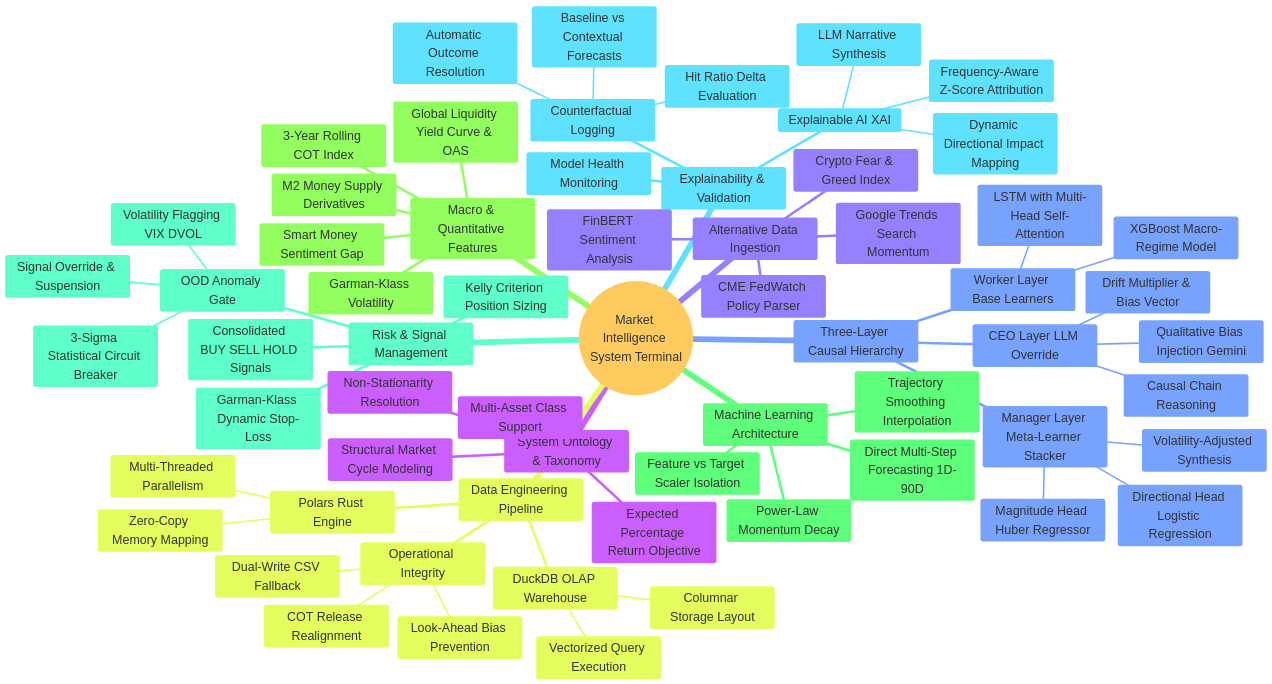
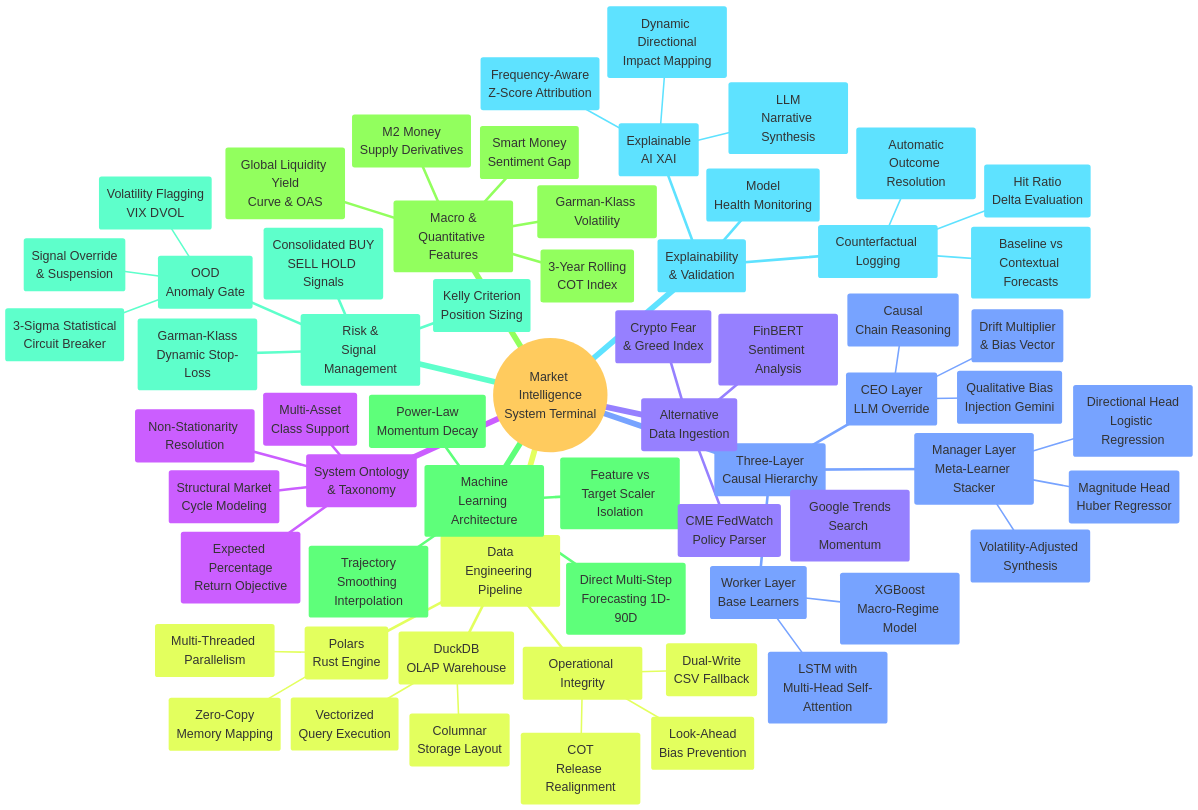
The diagram in README.md (ken968/Market-Intelligence), drawn with Mermaid before and after one commit.

Commit message:
Docs: Wrap Mind Map nodes with line breaks to expand vertical canvas height

````diff
--- a/README.md
+++ b/README.md
@@ -84,67 +84,67 @@
 ```mermaid
 %%{init: {'theme': 'base', 'themeVariables': { 'fontSize': '24px'}}}%%
 mindmap
-  root((Market Intelligence System Terminal))
-    System Ontology & Taxonomy
-      Multi-Asset Class Support
-      Expected Percentage Return Objective
-      Structural Market Cycle Modeling
-      Non-Stationarity Resolution
-    Three-Layer Causal Hierarchy
-      Worker Layer Base Learners
-        LSTM with Multi-Head Self-Attention
-        XGBoost Macro-Regime Model
-      Manager Layer Meta-Learner Stacker
-        Directional Head Logistic Regression
-        Magnitude Head Huber Regressor
-        Volatility-Adjusted Synthesis
-      CEO Layer LLM Override
-        Qualitative Bias Injection Gemini
-        Causal Chain Reasoning
-        Drift Multiplier & Bias Vector
-    Data Engineering Pipeline
-      DuckDB OLAP Warehouse
-        Columnar Storage Layout
-        Vectorized Query Execution
-      Polars Rust Engine
-        Zero-Copy Memory Mapping
-        Multi-Threaded Parallelism
-      Operational Integrity
-        Dual-Write CSV Fallback
-        Look-Ahead Bias Prevention
-        COT Release Realignment
-    Macro & Quantitative Features
-      Global Liquidity Yield Curve & OAS
-      M2 Money Supply Derivatives
-      3-Year Rolling COT Index
-      Smart Money Sentiment Gap
-      Garman-Klass Volatility
-    Machine Learning Architecture
-      Direct Multi-Step Forecasting 1D-90D
-      Feature vs Target Scaler Isolation
-      Trajectory Smoothing Interpolation
-      Power-Law Momentum Decay
-    Risk & Signal Management
-      Consolidated BUY SELL HOLD Signals
-      Kelly Criterion Position Sizing
-      Garman-Klass Dynamic Stop-Loss
-      OOD Anomaly Gate
-        3-Sigma Statistical Circuit Breaker
-        Signal Override & Suspension
-        Volatility Flagging VIX DVOL
-    Explainability & Validation
-      Explainable AI XAI
-        Frequency-Aware Z-Score Attribution
-        Dynamic Directional Impact Mapping
-        LLM Narrative Synthesis
-      Counterfactual Logging
-        Baseline vs Contextual Forecasts
-        Automatic Outcome Resolution
-        Hit Ratio Delta Evaluation
-      Model Health Monitoring
-    Alternative Data Ingestion
-      Crypto Fear & Greed Index
-      Google Trends Search Momentum
-      CME FedWatch Policy Parser
-      FinBERT Sentiment Analysis
+  root((Market Intelligence<br/>System Terminal))
+    ("System Ontology<br/>& Taxonomy")
+      ("Multi-Asset<br/>Class Support")
+      ("Expected Percentage<br/>Return Objective")
+      ("Structural Market<br/>Cycle Modeling")
+      ("Non-Stationarity Resolution")
+    ("Three-Layer<br/>Causal Hierarchy")
+      ("Worker Layer<br/>Base Learners")
+        ("LSTM with<br/>Multi-Head Self-Attention")
+        ("XGBoost<br/>Macro-Regime Model")
+      ("Manager Layer<br/>Meta-Learner Stacker")
+        ("Directional Head<br/>Logistic Regression")
+        ("Magnitude Head<br/>Huber Regressor")
+        ("Volatility-Adjusted Synthesis")
+      ("CEO Layer<br/>LLM Override")
+        ("Qualitative Bias<br/>Injection Gemini")
+        ("Causal<br/>Chain Reasoning")
+        ("Drift Multiplier<br/>& Bias Vector")
+    ("Data<br/>Engineering Pipeline")
+      ("DuckDB<br/>OLAP Warehouse")
+        ("Columnar<br/>Storage Layout")
+        ("Vectorized<br/>Query Execution")
+      ("Polars<br/>Rust Engine")
+        ("Zero-Copy<br/>Memory Mapping")
+        ("Multi-Threaded Parallelism")
+      ("Operational Integrity")
+        ("Dual-Write<br/>CSV Fallback")
+        ("Look-Ahead<br/>Bias Prevention")
+        ("COT<br/>Release Realignment")
+    ("Macro &<br/>Quantitative Features")
+      ("Global Liquidity Yield<br/>Curve & OAS")
+      ("M2 Money<br/>Supply Derivatives")
+      ("3-Year Rolling<br/>COT Index")
+      ("Smart Money<br/>Sentiment Gap")
+      ("Garman-Klass Volatility")
+    ("Machine<br/>Learning Architecture")
+      ("Direct Multi-Step<br/>Forecasting 1D-90D")
+      ("Feature vs<br/>Target Scaler Isolation")
+      ("Trajectory<br/>Smoothing Interpolation")
+      ("Power-Law<br/>Momentum Decay")
+    ("Risk &<br/>Signal Management")
+      ("Consolidated BUY<br/>SELL HOLD Signals")
+      ("Kelly Criterion<br/>Position Sizing")
+      ("Garman-Klass<br/>Dynamic Stop-Loss")
+      ("OOD<br/>Anomaly Gate")
+        ("3-Sigma Statistical<br/>Circuit Breaker")
+        ("Signal Override<br/>& Suspension")
+        ("Volatility Flagging<br/>VIX DVOL")
+    ("Explainability<br/>& Validation")
+      ("Explainable<br/>AI XAI")
+        ("Frequency-Aware<br/>Z-Score Attribution")
+        ("Dynamic Directional<br/>Impact Mapping")
+        ("LLM<br/>Narrative Synthesis")
+      ("Counterfactual Logging")
+        ("Baseline vs<br/>Contextual Forecasts")
+        ("Automatic<br/>Outcome Resolution")
+        ("Hit Ratio<br/>Delta Evaluation")
+      ("Model<br/>Health Monitoring")
+    ("Alternative<br/>Data Ingestion")
+      ("Crypto Fear<br/>& Greed Index")
+      ("Google Trends<br/>Search Momentum")
+      ("CME FedWatch<br/>Policy Parser")
+      ("FinBERT<br/>Sentiment Analysis")
 ```
````
